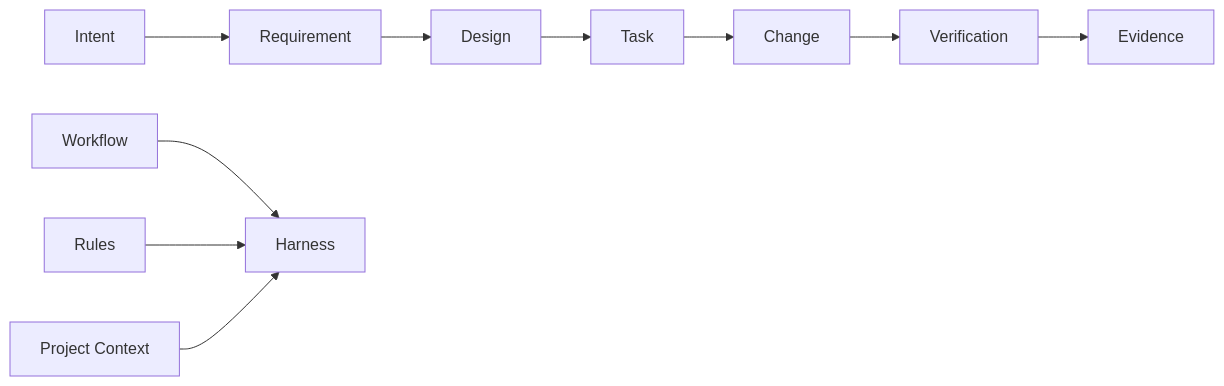
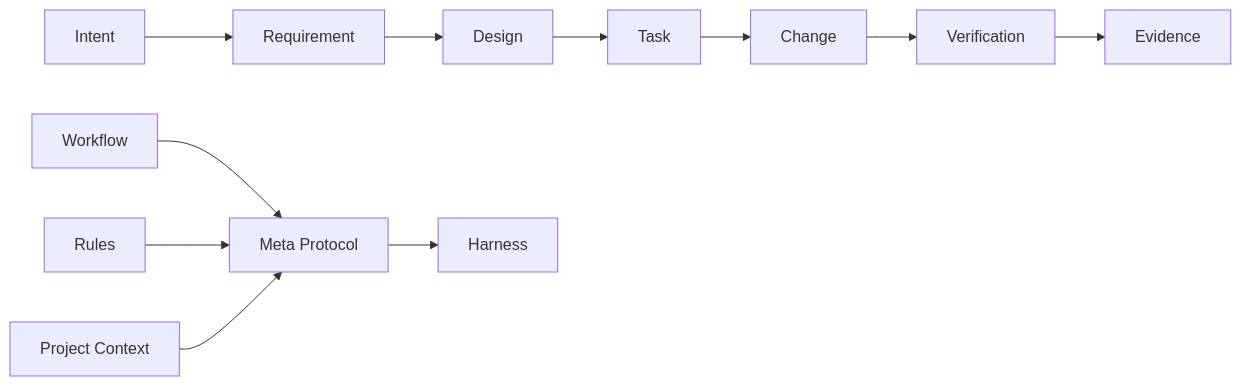
The diagram in README.md (JackSmith111977/Spec-Coding), drawn with Mermaid before and after one commit. The commit also changed other lines of this file and 62 other files, not shown here.

First line of the commit message:
refactor: align documentation architecture for 0.7.0

````diff
--- a/README.md
+++ b/README.md
@@ -42,13 +42,14 @@
 ```mermaid
 flowchart LR
     I[Intent] --> R[Requirement]
     R --> D[Design]
     D --> T[Task]
     T --> C[Change]
     C --> V[Verification]
     V --> E[Evidence]
 
-    W[Workflow] --> H[Harness]
-    Q[Rules] --> H
-    P[Project Context] --> H
+    W[Workflow] --> M[Meta Protocol]
+    Q[Rules] --> M
+    P[Project Context] --> M
+    M --> H[Harness]
 ```
````
